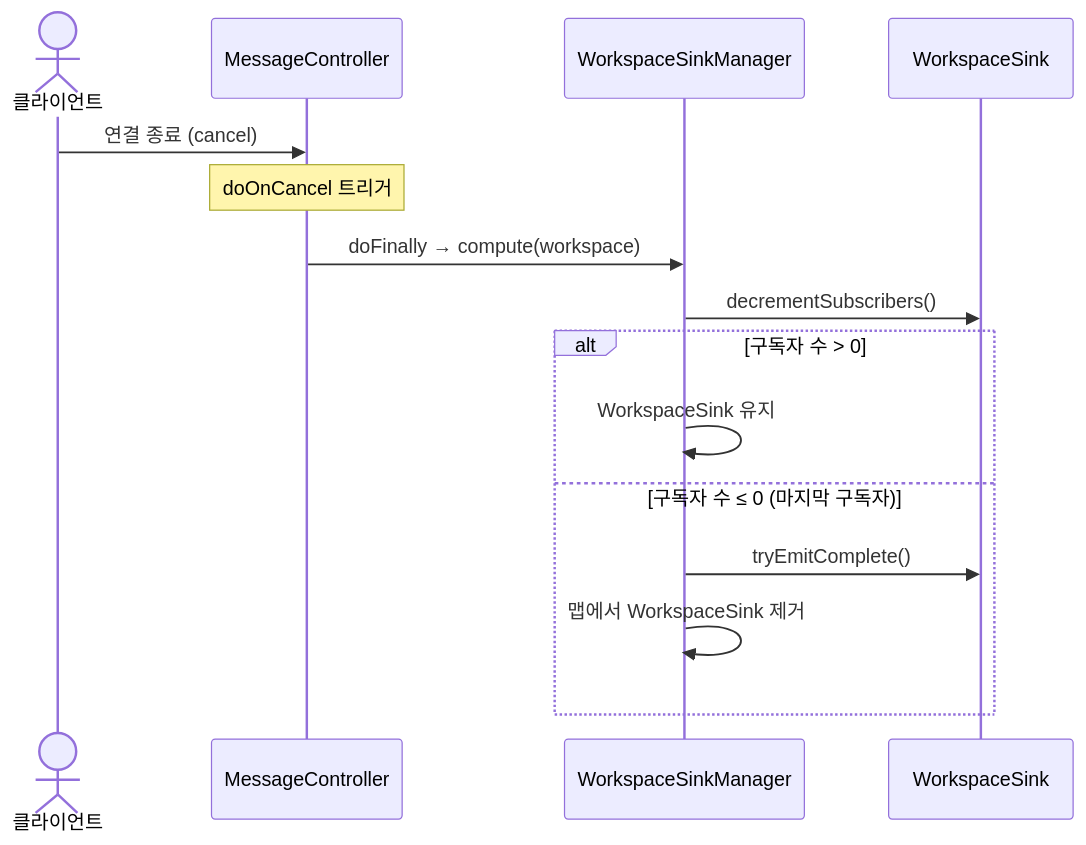
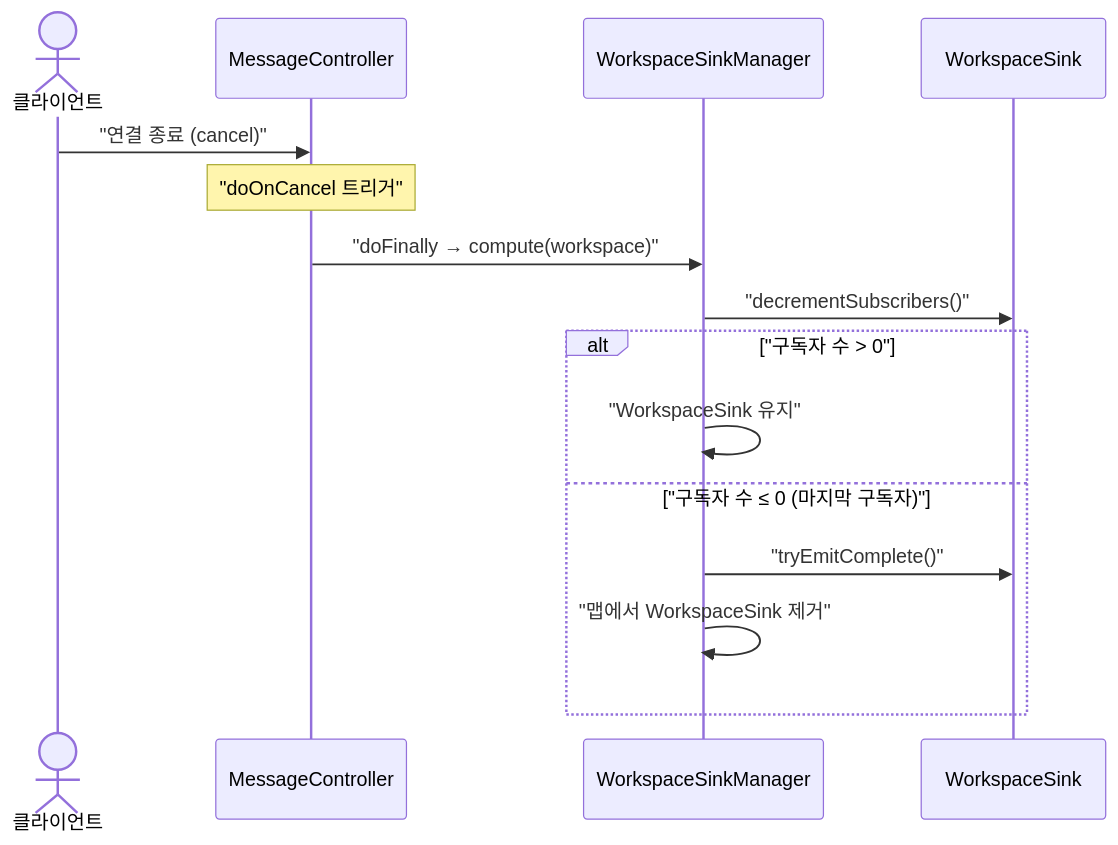
One commit to sayaya1090/handbook changed the second of 4 diagrams in event-broadcaster/USECASE.md. Above: the diagram before and after it, drawn with Mermaid. The commit also changed other lines of this file and 22 other files, not shown here.

First line of the commit message:
docs: Mermaid 다이어그램 렌더링 오류 수정을 위한 구문 전수 교정

````diff
--- a/event-broadcaster/USECASE.md
+++ b/event-broadcaster/USECASE.md
@@ -47,18 +47,18 @@
 ```mermaid
 sequenceDiagram
     actor Client as 클라이언트
     participant Ctrl as MessageController
     participant SM as WorkspaceSinkManager
     participant WS as WorkspaceSink
 
-    Client->>Ctrl: 연결 종료 (cancel)
-    Note over Ctrl: doOnCancel 트리거
-    Ctrl->>SM: doFinally → compute(workspace)
-    SM->>WS: decrementSubscribers()
-    alt 구독자 수 > 0
-        SM->>SM: WorkspaceSink 유지
-    else 구독자 수 ≤ 0 (마지막 구독자)
-        SM->>WS: tryEmitComplete()
-        SM->>SM: 맵에서 WorkspaceSink 제거
+    Client->>Ctrl: "연결 종료 (cancel)"
+    Note over Ctrl: "doOnCancel 트리거"
+    Ctrl->>SM: "doFinally → compute(workspace)"
+    SM->>WS: "decrementSubscribers()"
+    alt "구독자 수 > 0"
+        SM->>SM: "WorkspaceSink 유지"
+    else "구독자 수 ≤ 0 (마지막 구독자)"
+        SM->>WS: "tryEmitComplete()"
+        SM->>SM: "맵에서 WorkspaceSink 제거"
     end
 ```
````
